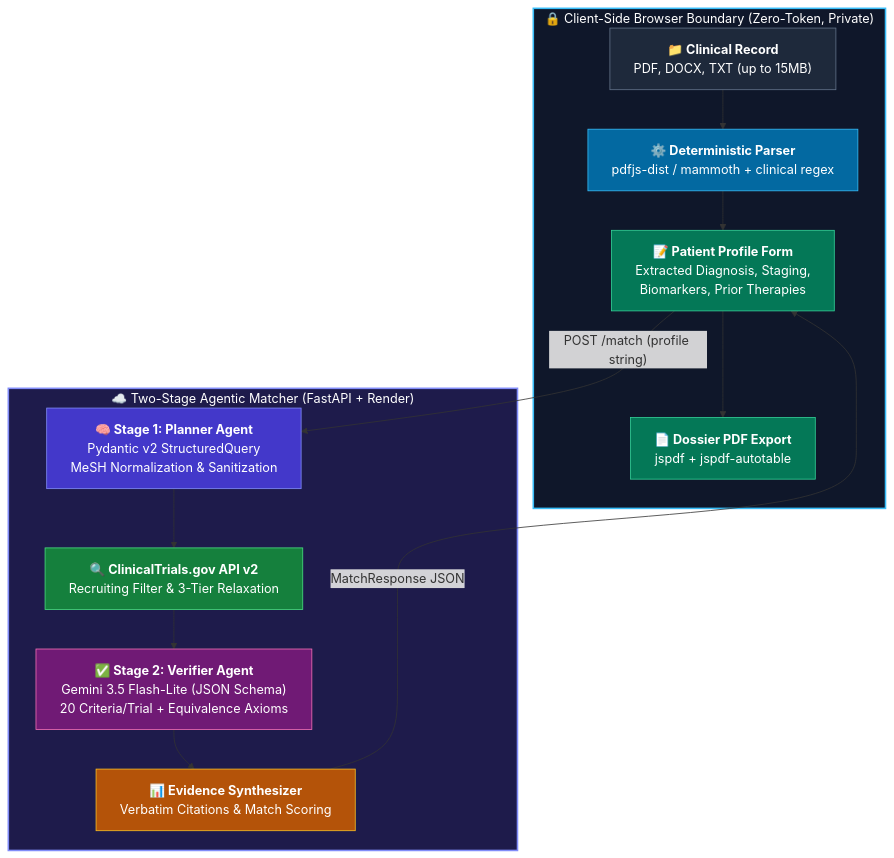
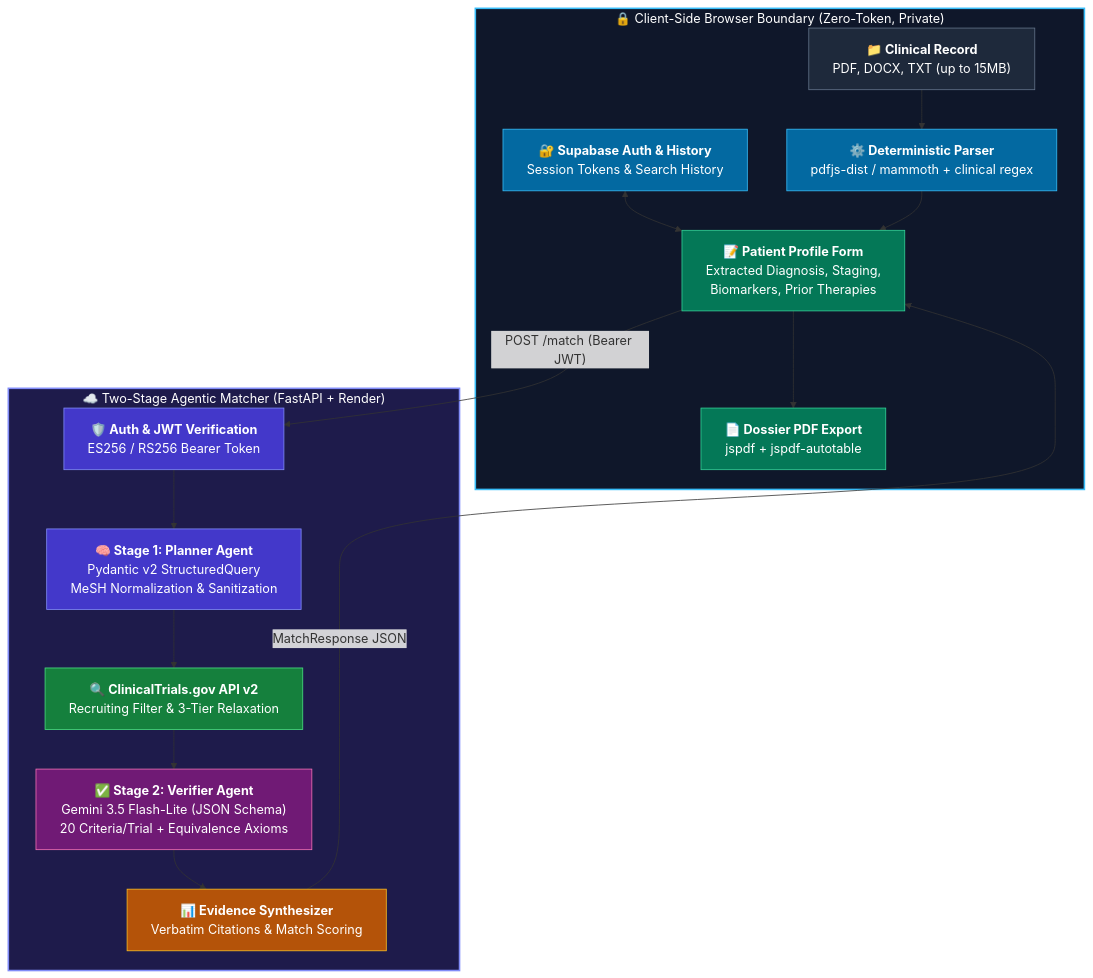
The diagram in README.md (snhaal/clinical-evidence-navigator), drawn with Mermaid before and after one commit. The commit also changed other lines of this file, not shown here.

Commit message:
docs: update README.md for v1.3.0 release, auth, and biomarker matching

````diff
--- a/README.md
+++ b/README.md
@@ -54,48 +60,56 @@
 ```mermaid
 %%{init: {'flowchart': {'wrappingWidth': 340}}}%%
 flowchart TD
     subgraph Browser["🔒 Client-Side Browser Boundary (Zero-Token, Private)"]
         DOC["`**📁 Clinical Record**
         PDF, DOCX, TXT (up to 15MB)`"]
         PARSE["`**⚙️ Deterministic Parser**
         pdfjs-dist / mammoth + clinical regex`"]
+        AUTH["`**🔐 Supabase Auth & History**
+        Session Tokens & Search History`"]
         EDIT["`**📝 Patient Profile Form**
         Extracted Diagnosis, Staging,
         Biomarkers, Prior Therapies`"]
         EXPORT["`**📄 Dossier PDF Export**
         jspdf + jspdf-autotable`"]
     end
 
     subgraph Backend["☁️ Two-Stage Agentic Matcher (FastAPI + Render)"]
+        AUTH_VAL["`**🛡️ Auth & JWT Verification**
+        ES256 / RS256 Bearer Token`"]
         PLAN["`**🧠 Stage 1: Planner Agent**
         Pydantic v2 StructuredQuery
         MeSH Normalization & Sanitization`"]
         ACT["`**🔍 ClinicalTrials.gov API v2**
         Recruiting Filter & 3-Tier Relaxation`"]
         VERIFY["`**✅ Stage 2: Verifier Agent**
         Gemini 3.5 Flash-Lite (JSON Schema)
         20 Criteria/Trial + Equivalence Axioms`"]
         SYNTH["`**📊 Evidence Synthesizer**
         Verbatim Citations & Match Scoring`"]
     end
 
+    AUTH <--> EDIT
     DOC --> PARSE
     PARSE --> EDIT
-    EDIT -->|"POST /match (profile string)"| PLAN
+    EDIT -->|"POST /match (Bearer JWT)"| AUTH_VAL
+    AUTH_VAL --> PLAN
     PLAN --> ACT
     ACT --> VERIFY
     VERIFY --> SYNTH
     SYNTH -->|"MatchResponse JSON"| EDIT
     EDIT --> EXPORT
 
     style Browser fill:#0f172a,stroke:#38bdf8,stroke-width:2px,color:#fff
     style Backend fill:#1e1b4b,stroke:#818cf8,stroke-width:2px,color:#fff
     style DOC fill:#1e293b,stroke:#64748b,color:#fff
     style PARSE fill:#0369a1,stroke:#38bdf8,color:#fff
+    style AUTH fill:#0369a1,stroke:#38bdf8,color:#fff
     style EDIT fill:#047857,stroke:#34d399,color:#fff
     style EXPORT fill:#047857,stroke:#34d399,color:#fff
+    style AUTH_VAL fill:#4338ca,stroke:#818cf8,color:#fff
     style PLAN fill:#4338ca,stroke:#818cf8,color:#fff
     style ACT fill:#15803d,stroke:#4ade80,color:#fff
     style VERIFY fill:#701a75,stroke:#f472b6,color:#fff
     style SYNTH fill:#b45309,stroke:#fbbf24,color:#fff
 ```
````
